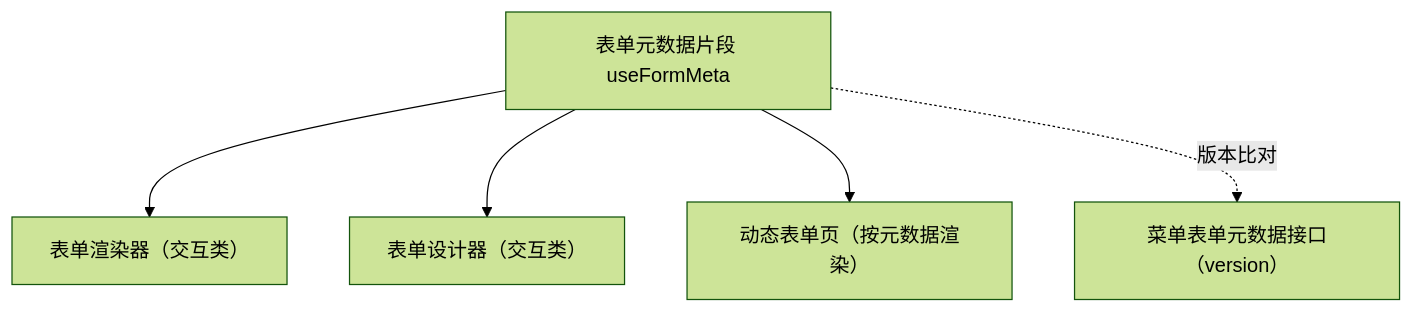
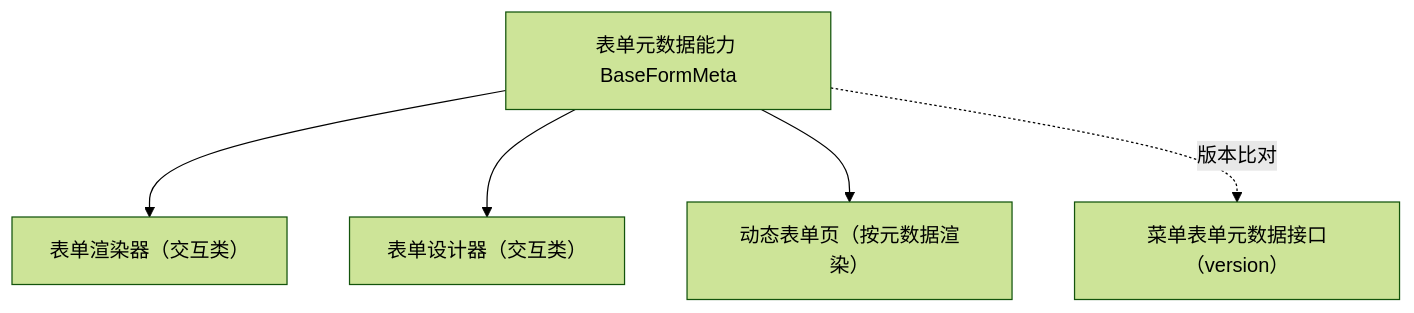
Before and after one commit to minjian123/basic-management-system: the diagram in bms文档/设计/组件设计/02_基础组件类/02_能力片段/21_组件设计_表单元数据片段/21_组件设计_表单元数据片段.md, drawn with Mermaid (forest theme). The commit also changed other lines of this file and 49 other files, not shown here.

````diff
--- a/bms文档/设计/组件设计/02_基础组件类/02_能力片段/21_组件设计_表单元数据片段/21_组件设计_表单元数据片段.md
+++ b/bms文档/设计/组件设计/02_基础组件类/02_能力片段/21_组件设计_表单元数据片段/21_组件设计_表单元数据片段.md
@@ -15,7 +15,7 @@
 ```mermaid
 flowchart TD
-    FM["表单元数据片段 useFormMeta"] --> FR["表单渲染器（交互类）"]
+    FM["表单元数据能力 BaseFormMeta"] --> FR["表单渲染器（交互类）"]
     FM --> FD["表单设计器（交互类）"]
     FM --> FP["动态表单页（按元数据渲染）"]
     FM -. 版本比对 .-> C["菜单表单元数据接口（version）"]
 ```
````
